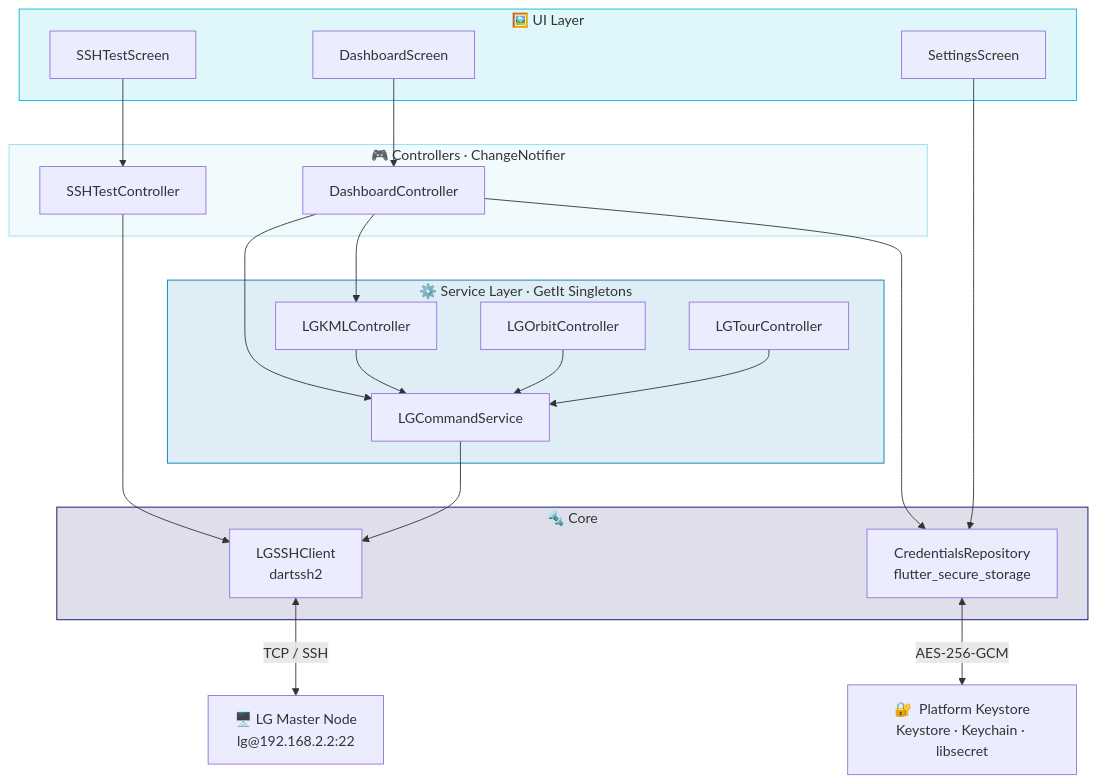
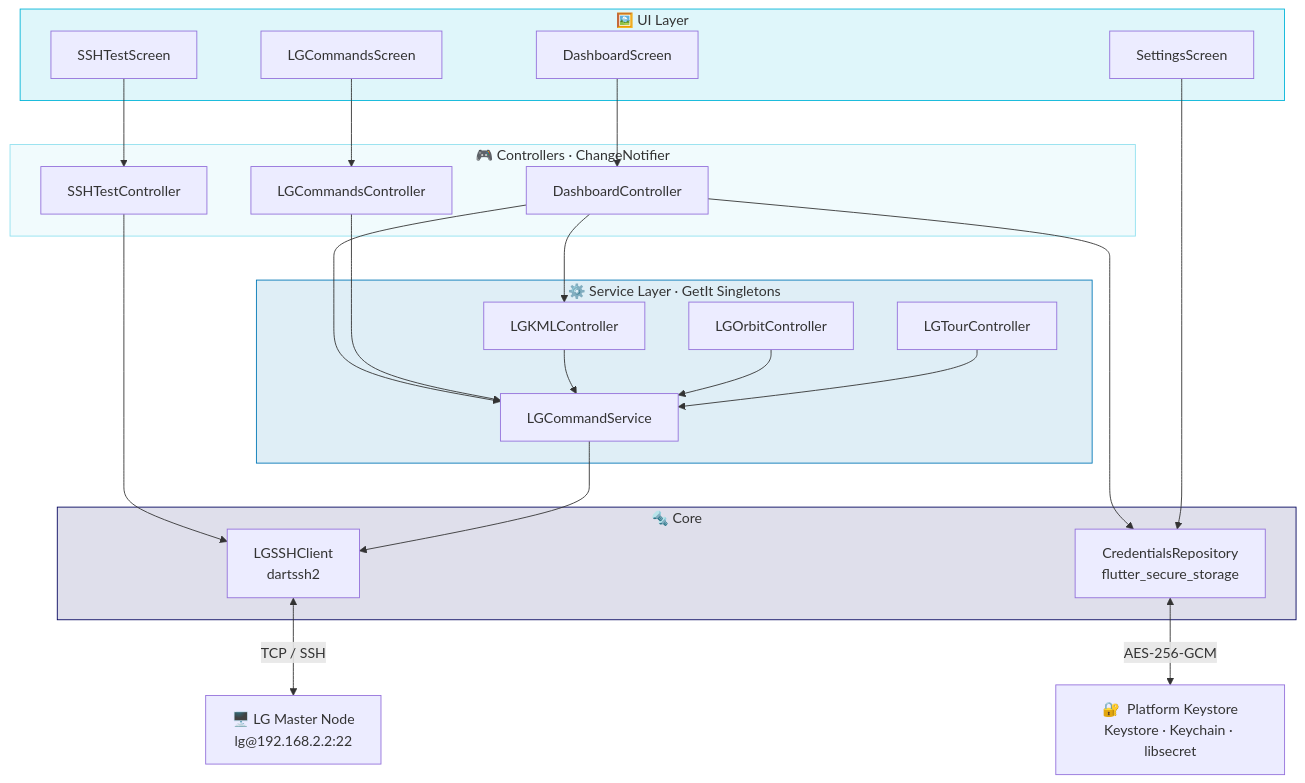
One commit to Abhishek6122008/LG-QuickRig changed the first of 4 diagrams in README.md. Above: the diagram before and after it, drawn with Mermaid. The commit also changed other lines of this file and 5 other files, not shown here.

````diff
--- a/README.md
+++ b/README.md
@@ -104,45 +104,49 @@
 ```mermaid
 flowchart TD
     subgraph UI["🖼️  UI Layer"]
         DS[DashboardScreen]
+        LGC[LGCommandsScreen]
         SS[SSHTestScreen]
         SET[SettingsScreen]
     end
 
     subgraph CTRL["🎮  Controllers  ·  ChangeNotifier"]
         DC[DashboardController]
+        LGCC[LGCommandsController]
         SC[SSHTestController]
     end
 
     subgraph SVC["⚙️  Service Layer  ·  GetIt Singletons"]
         CMD[LGCommandService]
         KML[LGKMLController]
         ORB[LGOrbitController]
         TOUR[LGTourController]
     end
 
     subgraph CORE["🔩  Core"]
         CLIENT[LGSSHClient\ndartssh2]
         REPO[CredentialsRepository\nflutter_secure_storage]
     end
 
     DS --> DC
+    LGC --> LGCC
     SS --> SC
     DC --> CMD
     DC --> KML
+    LGCC --> CMD
     SC --> CLIENT
     CMD --> CLIENT
     KML --> CMD
     ORB --> CMD
     TOUR --> CMD
     DC --> REPO
     SET --> REPO
 
     CLIENT <-->|TCP / SSH| LG[🖥️  LG Master Node\nlg@192.168.2.2:22]
     REPO <-->|AES-256-GCM| KS[🔐  Platform Keystore\nKeystore · Keychain · libsecret]
 
     style UI fill:#00B4D820,stroke:#00B4D8
     style CTRL fill:#90E0EF20,stroke:#90E0EF
     style SVC fill:#0077B620,stroke:#0077B6
     style CORE fill:#03045E20,stroke:#03045E
 ```
````
